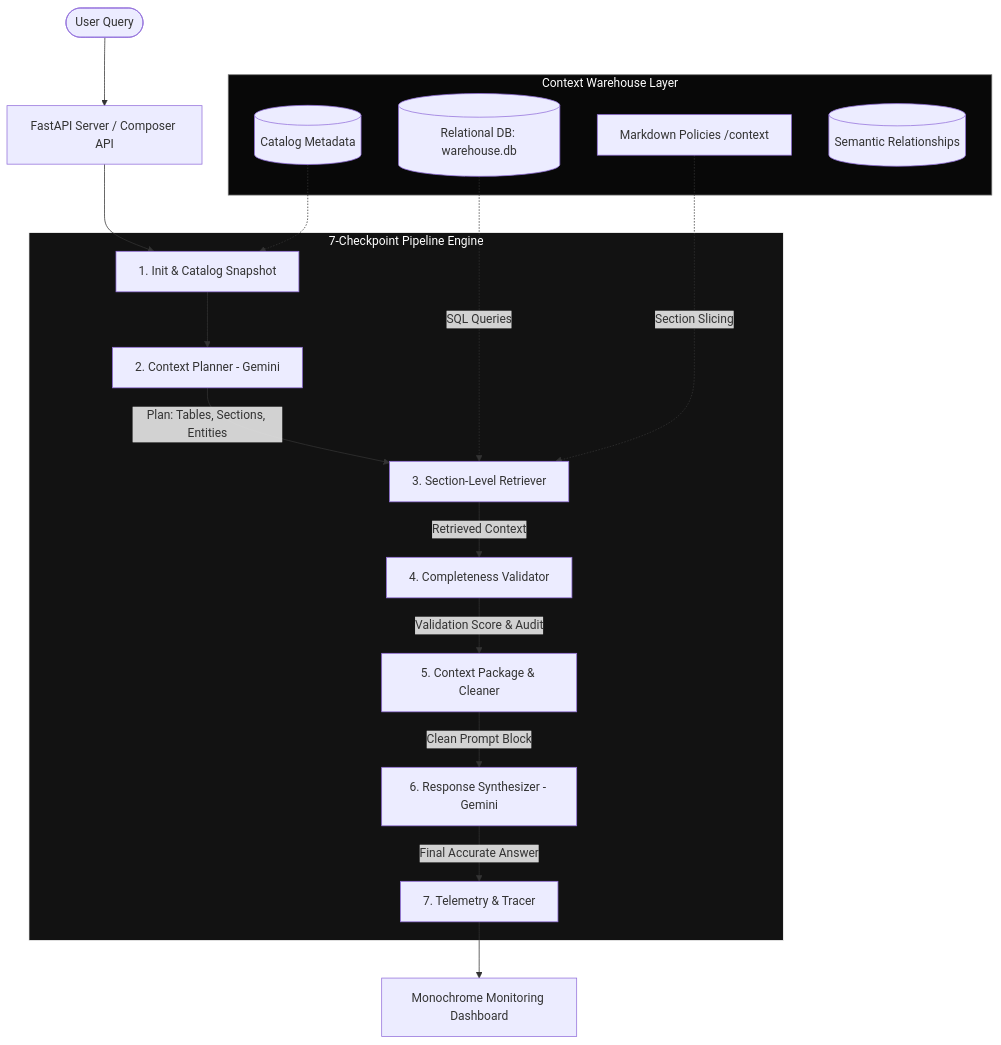
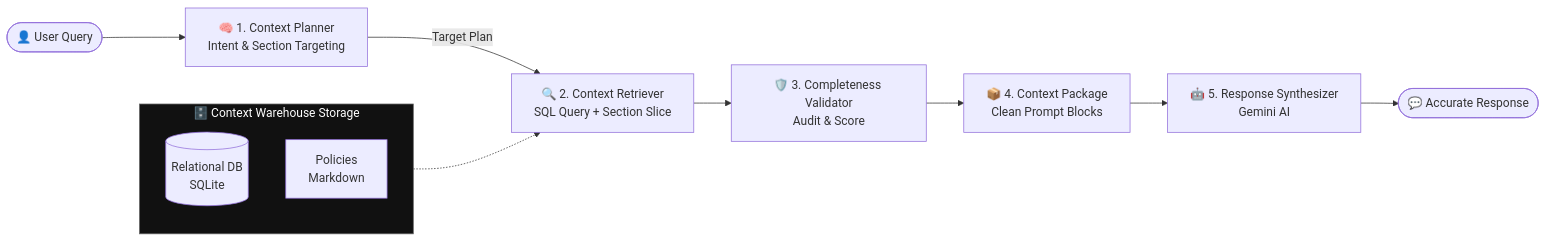
One commit to tetsde/vanilla-context-warehouse changed the first of 2 diagrams in README.md. Above: the diagram before and after it, drawn with Mermaid.

Commit message:
docs: simplify architecture mermaid diagram

````diff
--- a/README.md
+++ b/README.md
@@ -25,38 +25,20 @@
 ```mermaid
-flowchart TD
-    User([User Query]) --> Server[FastAPI Server / Composer API]
+flowchart LR
+    User([👤 User Query]) --> Planner[🧠 1. Context Planner<br/>Intent & Section Targeting]
     
-    subgraph Context_Warehouse_Storage [Context Warehouse Layer]
-        Catalog[(Catalog Metadata)]
-        DB[(Relational DB: warehouse.db)]
-        Policies[Markdown Policies /context]
-        Graph[(Semantic Relationships)]
+    subgraph Storage [🗄️ Context Warehouse Storage]
+        direction TB
+        DB[(Relational DB<br/>SQLite)]
+        Policies[Policies<br/>Markdown]
     end
 
-    subgraph Pipeline_Engine [7-Checkpoint Pipeline Engine]
-        CP1[1. Init & Catalog Snapshot]
-        CP2[2. Context Planner - Gemini]
-        CP3[3. Section-Level Retriever]
-        CP4[4. Completeness Validator]
-        CP5[5. Context Package & Cleaner]
-        CP6[6. Response Synthesizer - Gemini]
-        CP7[7. Telemetry & Tracer]
-    end
+    Planner -->|Target Plan| Retriever[🔍 2. Context Retriever<br/>SQL Query + Section Slice]
+    Storage -.-> Retriever
 
-    Server --> CP1
-    Catalog -.-> CP1
-    CP1 --> CP2
-    CP2 -->|Plan: Tables, Sections, Entities| CP3
-    
-    DB -.->|SQL Queries| CP3
-    Policies -.->|Section Slicing| CP3
-    
-    CP3 -->|Retrieved Context| CP4
-    CP4 -->|Validation Score & Audit| CP5
-    CP5 -->|Clean Prompt Block| CP6
-    CP6 -->|Final Accurate Answer| CP7
-    CP7 --> Frontend[Monochrome Monitoring Dashboard]
+    Retriever --> Validator[🛡️ 3. Completeness Validator<br/>Audit & Score]
+    Validator --> Package[📦 4. Context Package<br/>Clean Prompt Blocks]
+    Package --> Synthesizer[🤖 5. Response Synthesizer<br/>Gemini AI]
+    Synthesizer --> Output([💬 Accurate Response])
 
-    style Pipeline_Engine fill:#121212,stroke:#ffffff,stroke-width:1px,color:#ffffff
-    style Context_Warehouse_Storage fill:#080808,stroke:#737373,stroke-width:1px,color:#ffffff
+    style Storage fill:#111111,stroke:#666666,stroke-width:1px,color:#ffffff
 ```
````
